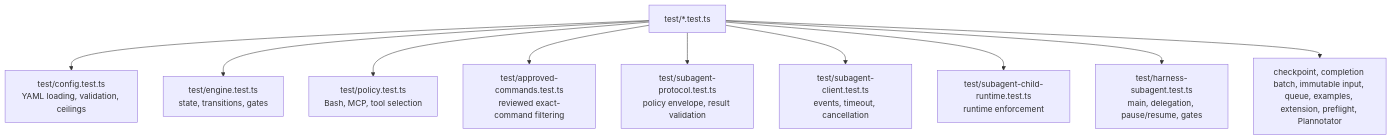
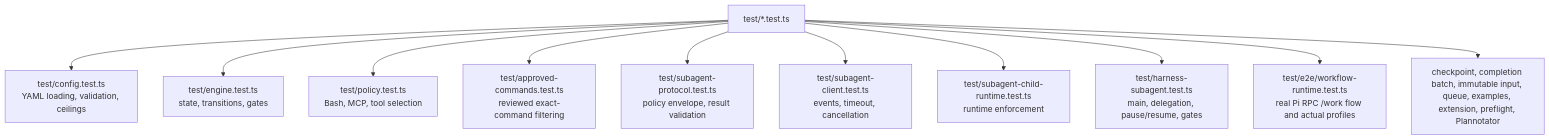
Before and after one commit to wichayutdew/pi-workflows: the second of 5 diagrams in openwiki/development/testing.md, drawn with Mermaid. The commit also changed other lines of this file and 57 other files, not shown here.

````diff
--- a/openwiki/development/testing.md
+++ b/openwiki/development/testing.md
@@ -16,13 +20,14 @@
 ```mermaid
 flowchart TD
   Tests[test/*.test.ts]
   Tests --> Config[test/config.test.ts<br/>YAML loading, validation, ceilings]
   Tests --> Engine[test/engine.test.ts<br/>state, transitions, gates]
   Tests --> Policy[test/policy.test.ts<br/>Bash, MCP, tool selection]
   Tests --> Approved[test/approved-commands.test.ts<br/>reviewed exact-command filtering]
   Tests --> Protocol[test/subagent-protocol.test.ts<br/>policy envelope, result validation]
   Tests --> Client[test/subagent-client.test.ts<br/>events, timeout, cancellation]
   Tests --> Child[test/subagent-child-runtime.test.ts<br/>runtime enforcement]
   Tests --> Harness[test/harness-subagent.test.ts<br/>main, delegation, pause/resume, gates]
+  Tests --> E2E[test/e2e/workflow-runtime.test.ts<br/>real Pi RPC /work flow and actual profiles]
   Tests --> Misc[checkpoint, completion batch, immutable input, queue, examples, extension, preflight, Plannotator]
 ```
````
